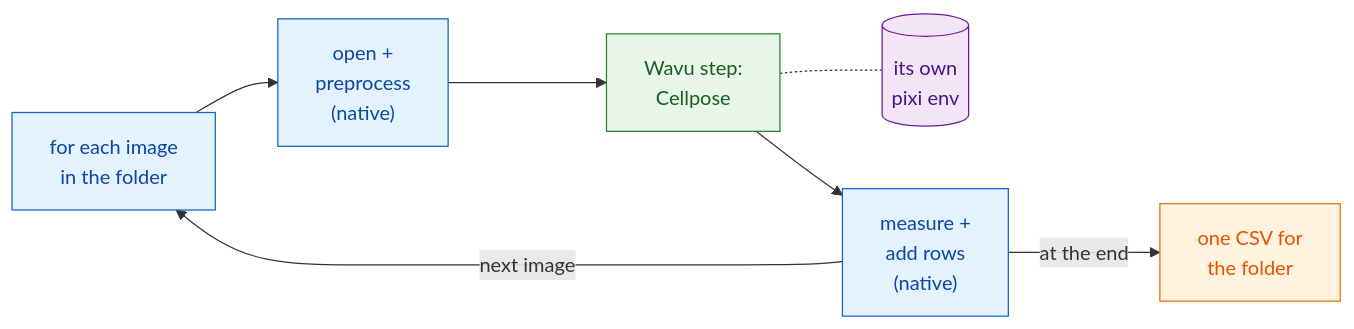
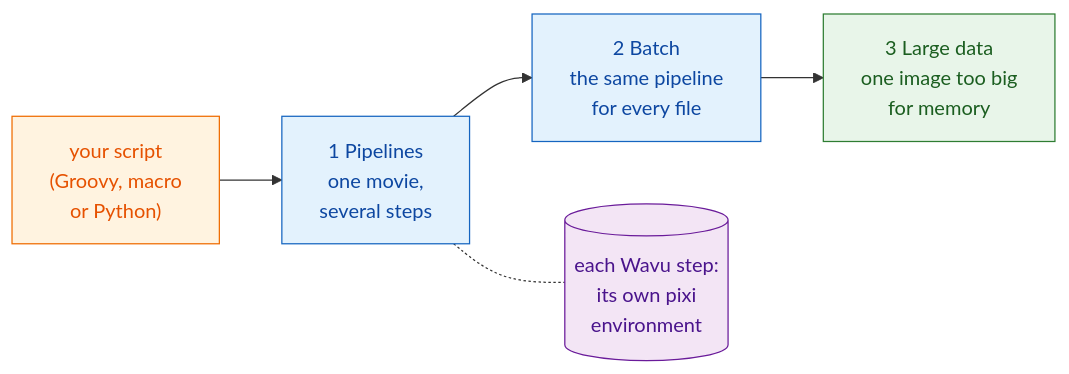
Before and after one commit to Oxford-Zeiss-Centre-of-Excellence/Wavu: the diagram in guide/workflows/index.md, drawn with Mermaid. The commit also changed other lines of this file and 104 other files, not shown here.

````diff
--- a/guide/workflows/index.md
+++ b/guide/workflows/index.md
@@ -28,18 +48,15 @@
 ```mermaid
 flowchart LR
-    L["for each image<br/>in the folder"]:::fiji
-    O["open +<br/>preprocess<br/>(native)"]:::fiji
-    W["Wavu step:<br/>Cellpose"]:::worker
-    E[("its own<br/>pixi env")]:::env
-    M["measure +<br/>add rows<br/>(native)"]:::fiji
-    C["one CSV for<br/>the folder"]:::script
-    L --> O --> W --> M
-    M -- "next image" --> L
-    W -.- E
-    M -- "at the end" --> C
+    S["your script<br/>(Groovy, macro<br/>or Python)"]:::script
+    P["1 Pipelines<br/>one movie,<br/>several steps"]:::fiji
+    B["2 Batch<br/>the same pipeline<br/>for every file"]:::fiji
+    L["3 Large data<br/>one image too big<br/>for memory"]:::worker
+    E[("each Wavu step:<br/>its own pixi<br/>environment")]:::env
+    S --> P --> B --> L
+    P -.- E
 
     classDef fiji   fill:#e3f2fd,stroke:#1565c0,color:#0d47a1
     classDef worker fill:#e8f5e9,stroke:#2e7d32,color:#1b5e20
     classDef script fill:#fff3e0,stroke:#ef6c00,color:#e65100
     classDef env    fill:#f3e5f5,stroke:#6a1b9a,color:#4a148c
 ```
````
